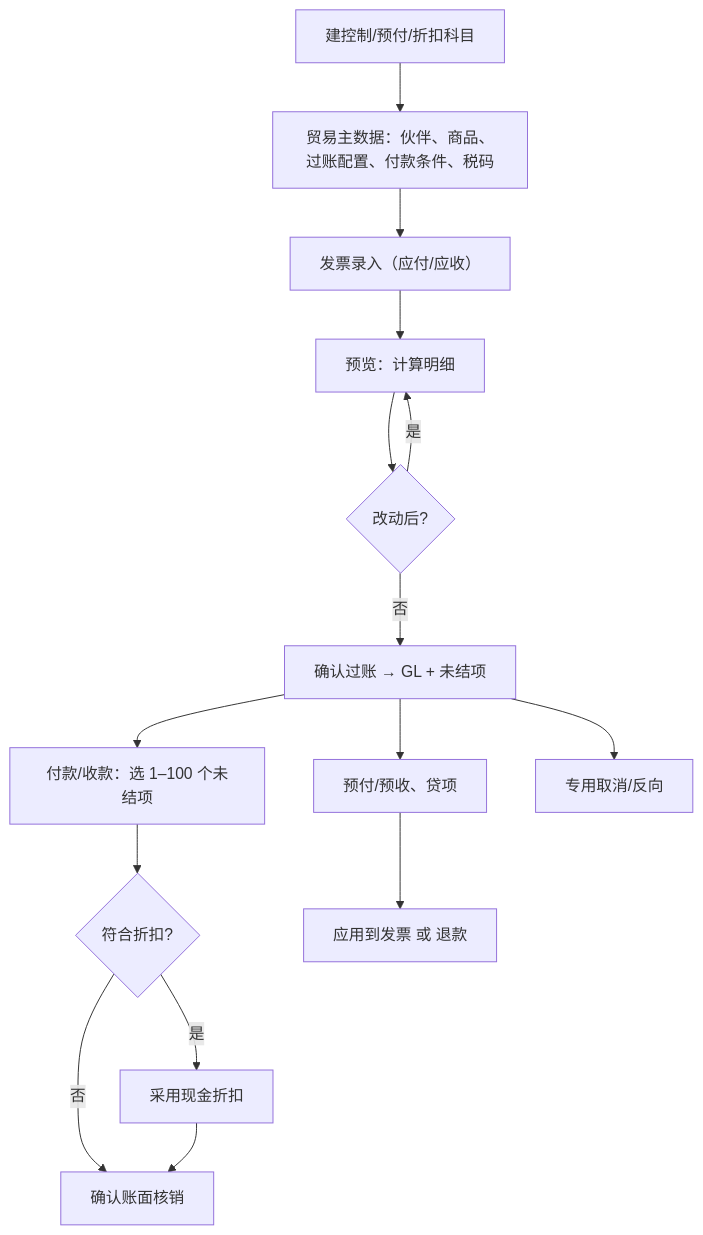
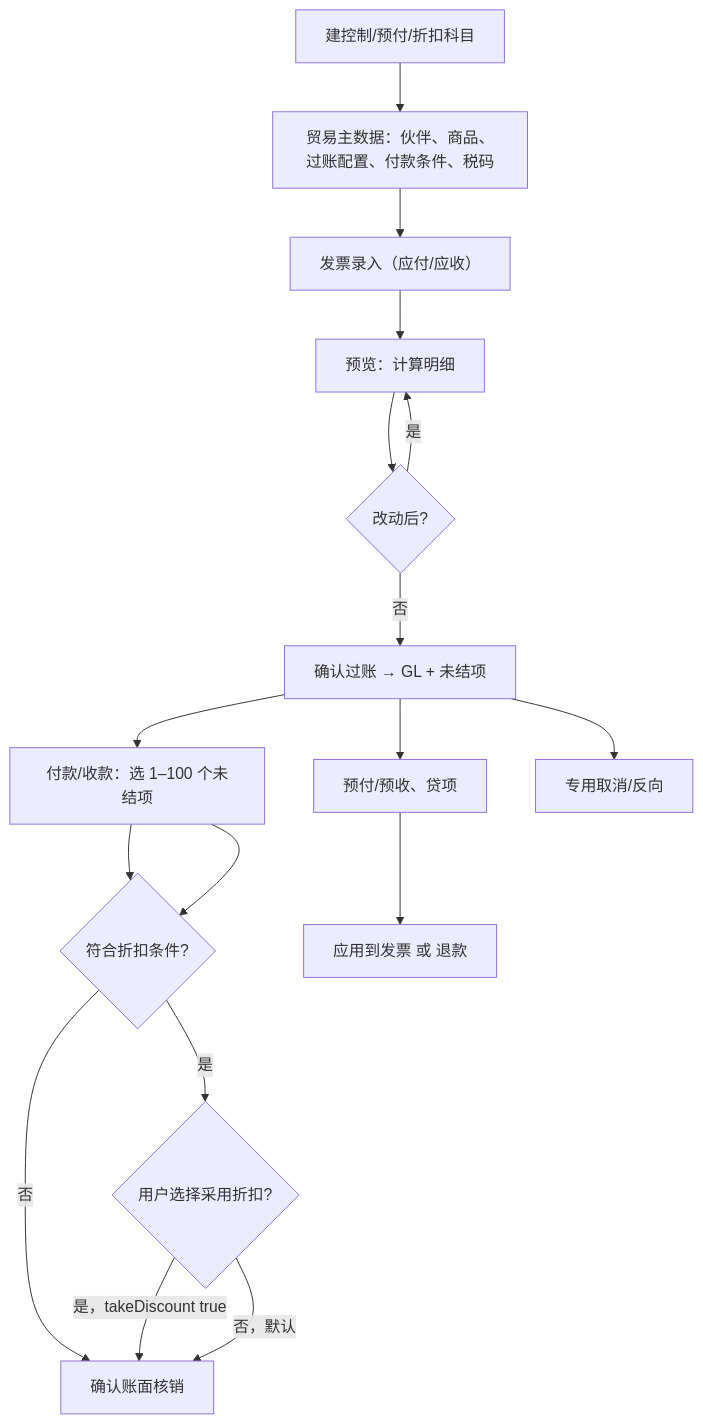
Before and after one commit to lingshf/ai-native-erp: the diagram in docs/flows/trade-flow.md, drawn with Mermaid. The commit also changed 7 other files, not shown here.

Commit message:
docs: address v0.1.0 review (demo repeatability, close/discount flows, known limits, Full shards)

````diff
--- a/docs/flows/trade-flow.md
+++ b/docs/flows/trade-flow.md
@@ -3,17 +3,19 @@
 ```mermaid
 flowchart TD
   S0["建控制/预付/折扣科目"] --> M["贸易主数据：伙伴、商品、过账配置、付款条件、税码"]
   M --> I["发票录入（应付/应收）"]
   I --> IP["预览：计算明细"]
   IP --> IC{"改动后?"}
   IC -- 是 --> IP
   IC -- 否 --> IO["确认过账 → GL + 未结项"]
   IO --> ST["付款/收款：选 1–100 个未结项"]
   ST --> SD{"符合折扣?"}
-  SD -- 是 --> SDY["采用现金折扣"]
+  ST --> SD{"符合折扣条件?"}
   SD -- 否 --> SC["确认账面核销"]
-  SDY --> SC
+  SD -- 是 --> SU{"用户选择采用折扣?"}
+  SU -- 是，takeDiscount true --> SC
+  SU -- 否，默认 --> SC
   IO --> AD["预付/预收、贷项"]
   AD --> AP["应用到发票 或 退款"]
   IO --> CX["专用取消/反向"]
 ```
````
